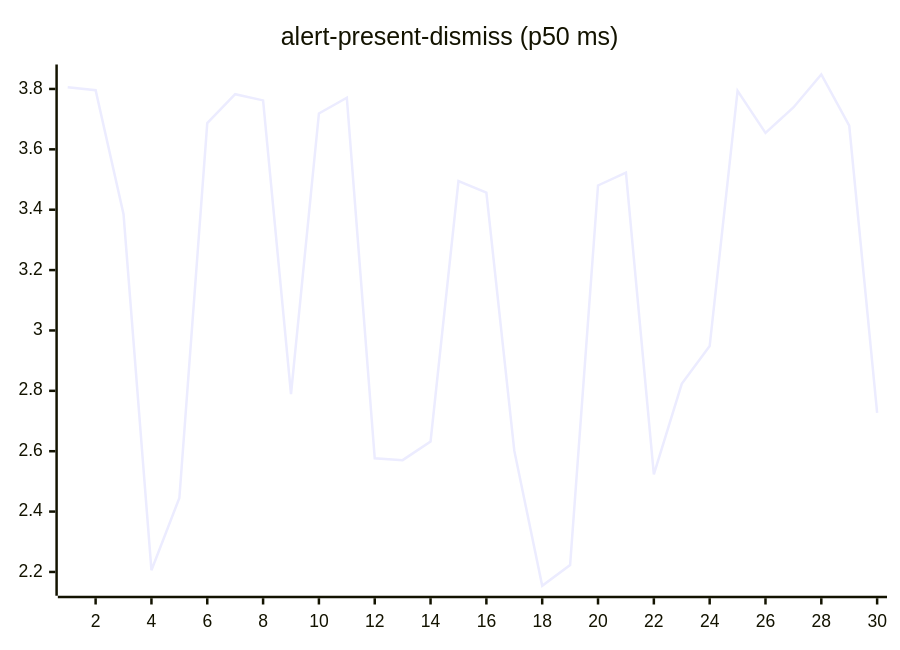
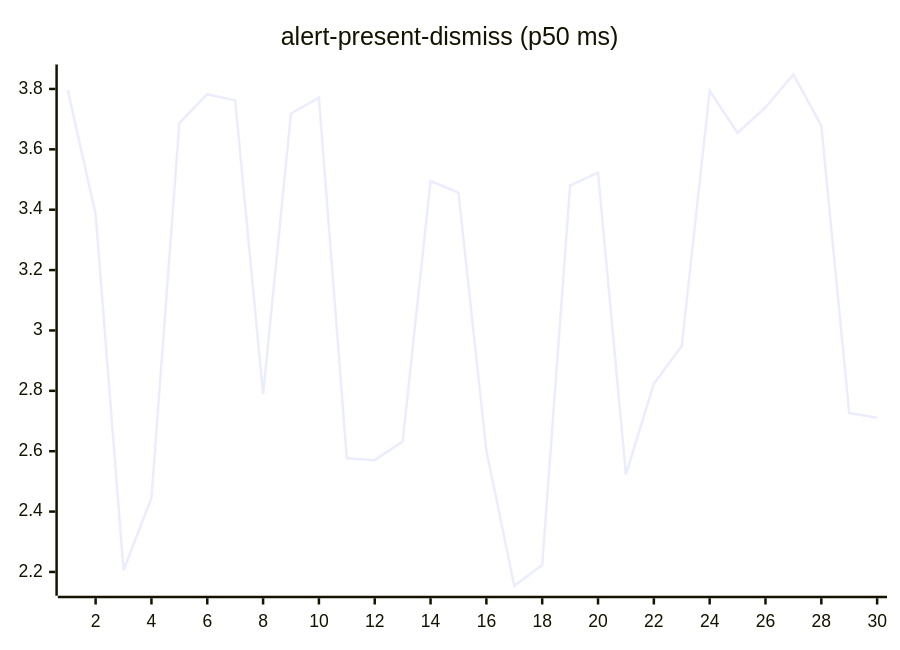
One commit to josha/Facet changed the second of 27 diagrams in README.md. Above: the diagram before and after it, drawn with Mermaid. The commit also changed other lines of this file and 2 other files, not shown here.

````diff
--- a/README.md
+++ b/README.md
@@ -70,6 +70,6 @@
 ```mermaid
 xychart-beta
     title "alert-present-dismiss (p50 ms)"
     x-axis 1 --> 30
-    line [3.8060, 3.7961, 3.3851, 2.2058, 2.4450, 3.6869, 3.7826, 3.7621, 2.7891, 3.7187, 3.7708, 2.5766, 2.5704, 2.6324, 3.4949, 3.4566, 2.6019, 2.1543, 2.2230, 3.4803, 3.5227, 2.5229, 2.8233, 2.9484, 3.7942, 3.6546, 3.7386, 3.8479, 3.6788, 2.7270]
+    line [3.7961, 3.3851, 2.2058, 2.4450, 3.6869, 3.7826, 3.7621, 2.7891, 3.7187, 3.7708, 2.5766, 2.5704, 2.6324, 3.4949, 3.4566, 2.6019, 2.1543, 2.2230, 3.4803, 3.5227, 2.5229, 2.8233, 2.9484, 3.7942, 3.6546, 3.7386, 3.8479, 3.6788, 2.7270, 2.7111]
 ```
````
